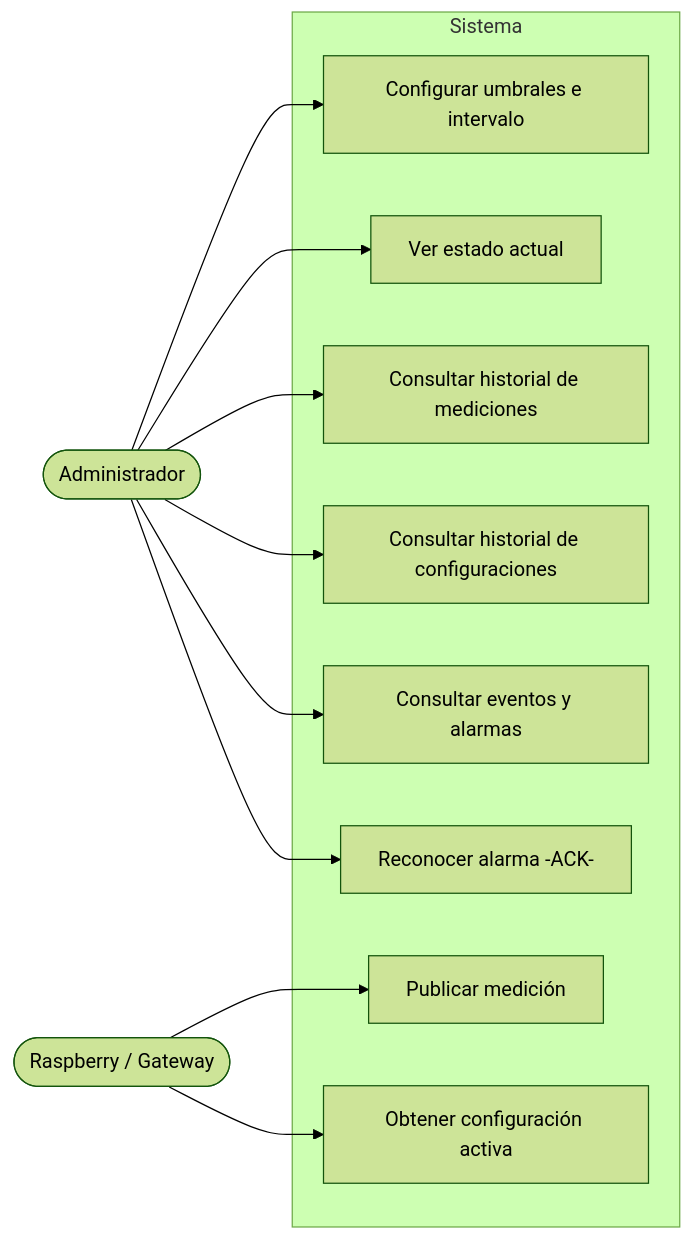
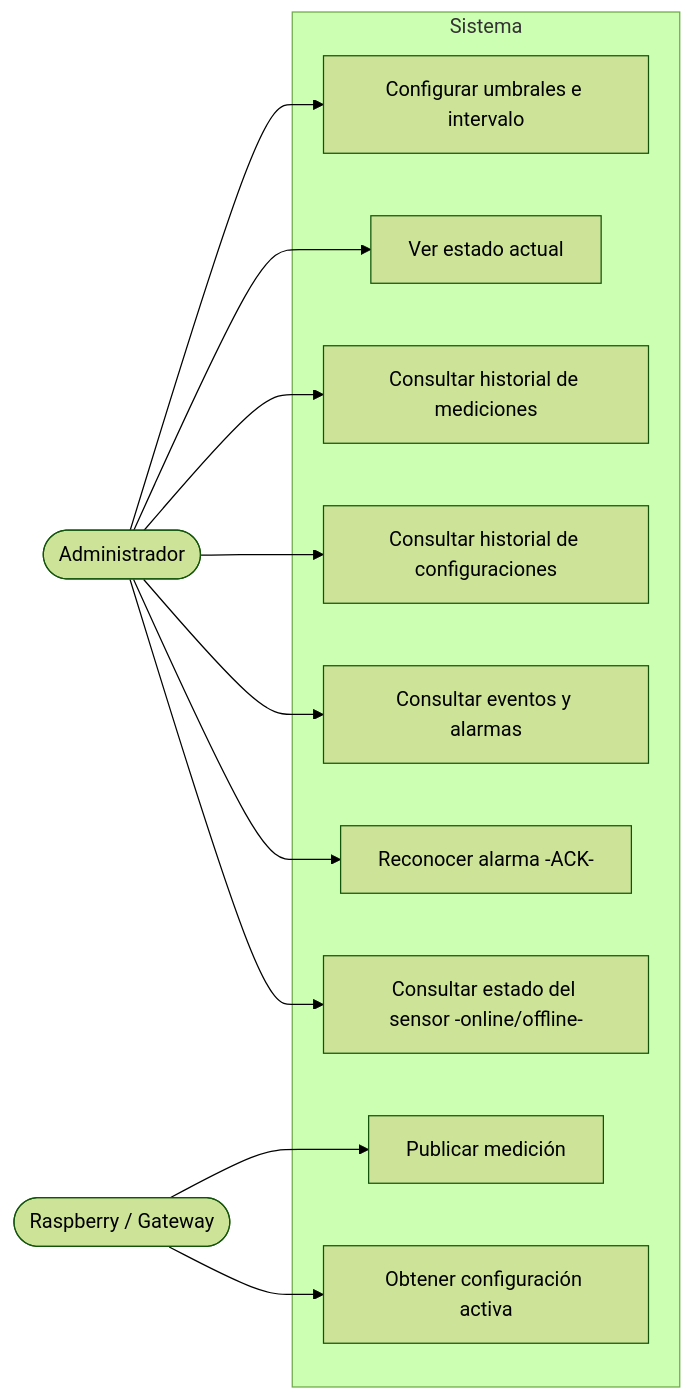
One commit to andinogabriel/plc-control-backend changed the second of 12 diagrams in README.md. Above: the diagram before and after it, drawn with Mermaid (forest theme). The commit also changed other lines of this file, not shown here.

Commit message:
docs(readme): UML completeness — diagram index + UML deployment diagram + sensor-status use case

````diff
--- a/README.md
+++ b/README.md
@@ -94,25 +121,27 @@
 ```mermaid
 flowchart LR
     Admin([Administrador])
     RPi([Raspberry / Gateway])
 
     subgraph Sistema
         UC1[Configurar umbrales e intervalo]
         UC2[Ver estado actual]
         UC3[Consultar historial de mediciones]
         UC4[Consultar historial de configuraciones]
         UC5[Publicar medición]
         UC6[Obtener configuración activa]
         UC7[Consultar eventos y alarmas]
         UC8[Reconocer alarma -ACK-]
+        UC9[Consultar estado del sensor -online/offline-]
     end
 
     Admin --> UC1
     Admin --> UC2
     Admin --> UC3
     Admin --> UC4
     Admin --> UC7
     Admin --> UC8
+    Admin --> UC9
     RPi --> UC5
     RPi --> UC6
 ```
````
